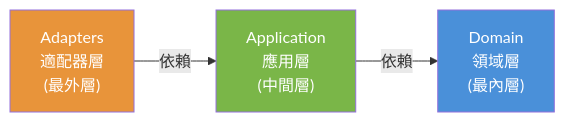
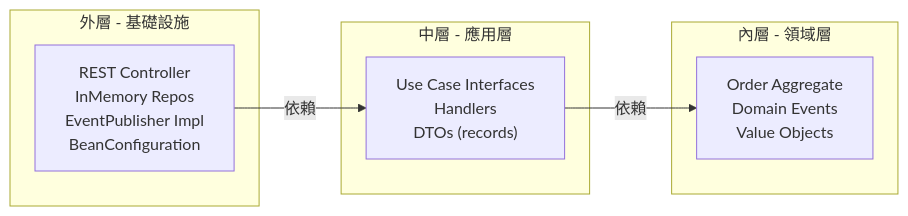
Before and after one commit to ChunPingWang/solid-hexagonal-cqrs-tutorial: the second of 14 diagrams in README.md, drawn with Mermaid. The commit also changed other lines of this file and 89 other files, not shown here.

````diff
--- a/README.md
+++ b/README.md
@@ -205,9 +150,17 @@
 ```mermaid
 graph LR
-    A["Adapters<br/>適配器層<br/>(最外層)"] -->|依賴| B["Application<br/>應用層<br/>(中間層)"]
-    B -->|依賴| C["Domain<br/>領域層<br/>(最內層)"]
+    subgraph "外層 - 基礎設施"
+        A["REST Controller<br/>InMemory Repos<br/>EventPublisher Impl<br/>BeanConfiguration"]
+    end
 
-    style A fill:#e8943a,color:#fff
-    style B fill:#7ab648,color:#fff
-    style C fill:#4a90d9,color:#fff
+    subgraph "中層 - 應用層"
+        B["Use Case Interfaces<br/>Handlers<br/>DTOs (records)"]
+    end
+
+    subgraph "內層 - 領域層"
+        C["Order Aggregate<br/>Domain Events<br/>Value Objects"]
+    end
+
+    A -->|依賴| B
+    B -->|依賴| C
 ```
````
